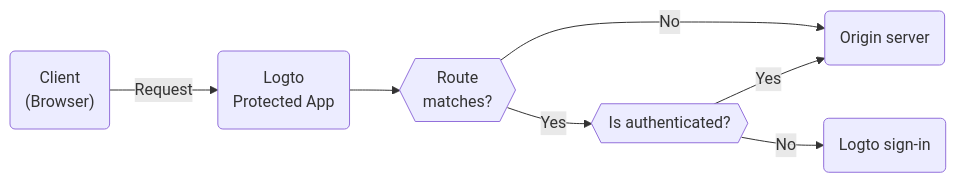
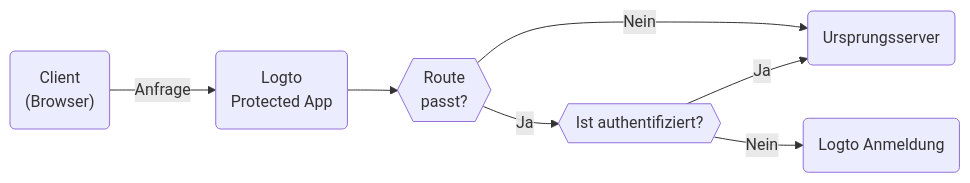
Before and after one commit to logto-io/docs: the diagram in i18n/de/docusaurus-plugin-content-docs/current/integrate-logto/protected-app.mdx, drawn with Mermaid. The commit also changed other lines of this file and 53 other files, not shown here.

````diff
--- a/i18n/de/docusaurus-plugin-content-docs/current/integrate-logto/protected-app.mdx
+++ b/i18n/de/docusaurus-plugin-content-docs/current/integrate-logto/protected-app.mdx
@@ -19,9 +19,9 @@
 ```mermaid
 graph LR
-  A("Client<br/>(Browser)") -->|Request| B(Logto<br/>Protected App)
-  B --> Condition{{Route<br/>matches?}}
-  Condition -->|Yes| Matched{{Is authenticated?}}
-  Matched -->|Yes| C(Origin server)
-  Matched -->|No| D(Logto sign-in)
-  Condition -->|No| C
+  A("Client<br/>(Browser)") -->|Anfrage| B(Logto<br/>Protected App)
+  B --> Condition{{Route<br/>passt?}}
+  Condition -->|Ja| Matched{{Ist authentifiziert?}}
+  Matched -->|Ja| C(Ursprungsserver)
+  Matched -->|Nein| D(Logto Anmeldung)
+  Condition -->|Nein| C
 ```
````
